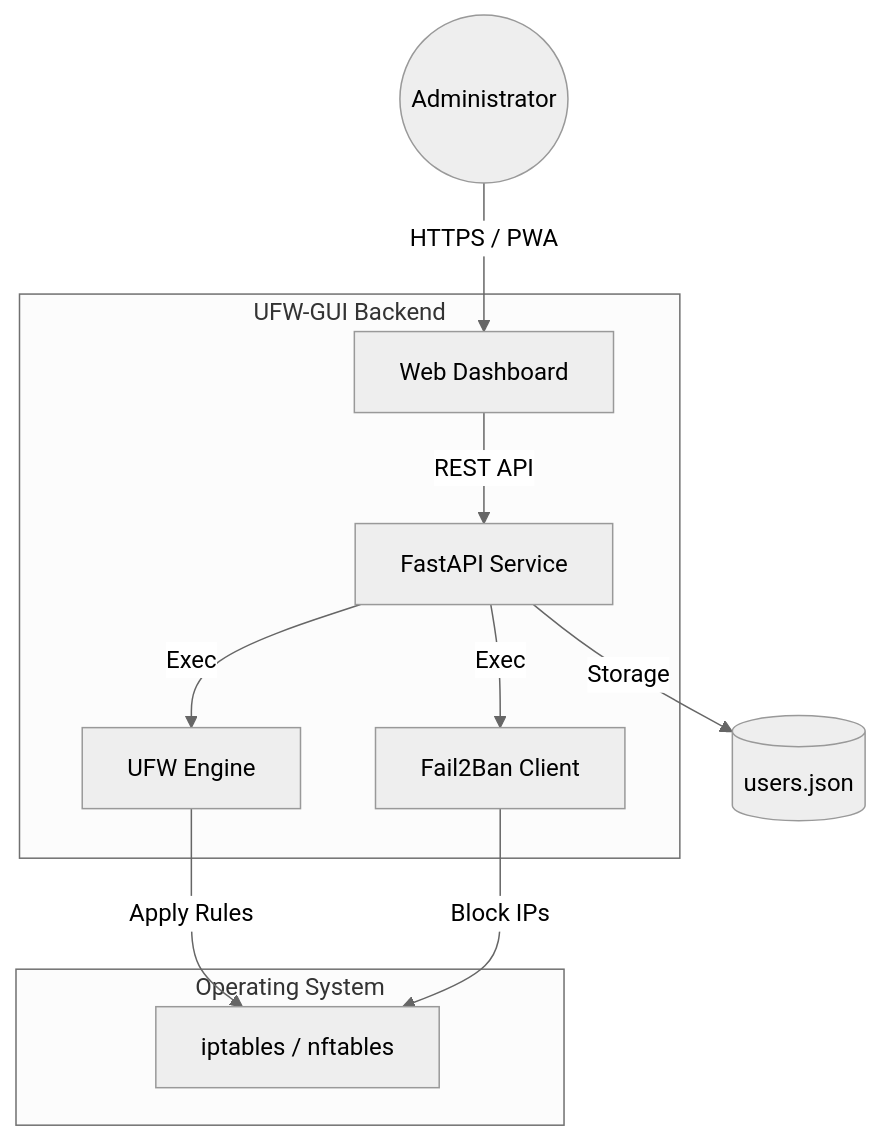
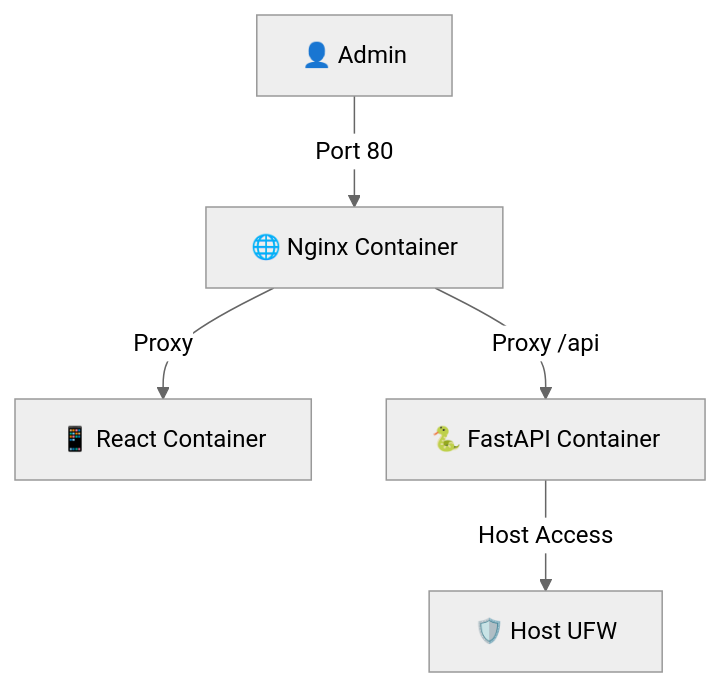
The diagram in README_ENG.md (weby-homelab/ufw-gui), drawn with Mermaid (neutral theme) before and after one commit. The commit also changed other lines of this file and 1 other file, not shown here.

Commit message:
feat: UFW-GUI v1.2.0 - DOCKER Edition with hardened security

````diff
--- a/README_ENG.md
+++ b/README_ENG.md
@@ -25,17 +62,7 @@
 ```mermaid
 graph TD
-    User((Administrator)) -->|HTTPS / PWA| UI[Web Dashboard]
-    
-    subgraph "UFW-GUI Backend"
-        UI -->|REST API| FastAPI[FastAPI Service]
-        FastAPI -->|Exec| UFW[UFW Engine]
-        FastAPI -->|Exec| F2B[Fail2Ban Client]
-    end
-
-    subgraph "Operating System"
-        UFW -->|Apply Rules| IPT[iptables / nftables]
-        F2B -->|Block IPs| IPT
-    end
-
-    FastAPI -->|Storage| JSON[(users.json)]
+    User[👤 Admin] -->|Port 80| Nginx[🌐 Nginx Container]
+    Nginx -->|Proxy| Frontend[📱 React Container]
+    Nginx -->|Proxy /api| Backend[🐍 FastAPI Container]
+    Backend -->|Host Access| UFW[🛡️ Host UFW]
 ```
````
